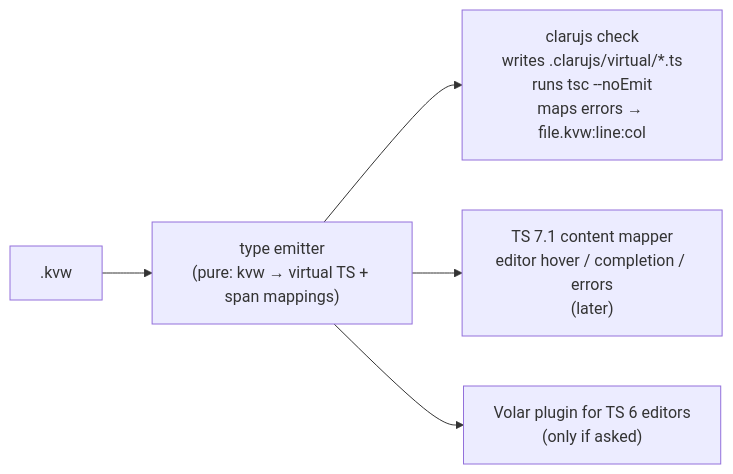
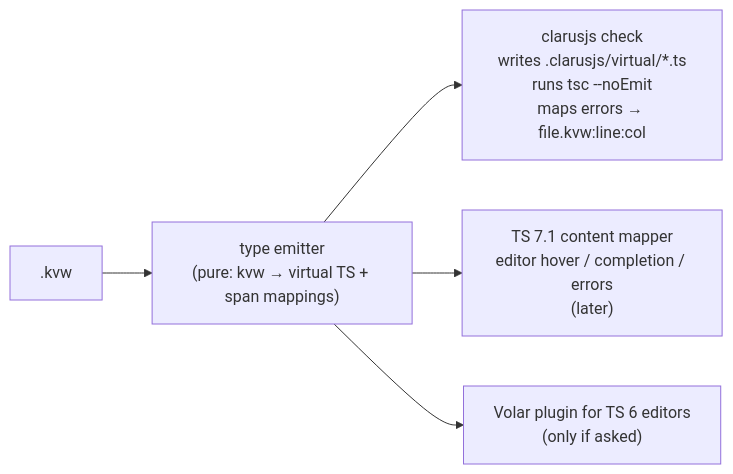
One commit to forinda/clarusjs changed the eighth of 8 diagrams in docs/architecture.md. Above: the diagram before and after it, drawn with Mermaid. The commit also changed other lines of this file and 28 other files, not shown here.

````diff
--- a/docs/architecture.md
+++ b/docs/architecture.md
@@ -468,7 +468,7 @@
 ```mermaid
 flowchart LR
   KVW[".kvw"] --> GEN["type emitter<br/>(pure: kvw → virtual TS + span mappings)"]
-  GEN --> CLI["clarujs check<br/>writes .clarujs/virtual/*.ts<br/>runs tsc --noEmit<br/>maps errors → file.kvw:line:col"]
+  GEN --> CLI["clarusjs check<br/>writes .clarusjs/virtual/*.ts<br/>runs tsc --noEmit<br/>maps errors → file.kvw:line:col"]
   GEN --> CM["TS 7.1 content mapper<br/>editor hover / completion / errors<br/>(later)"]
   GEN --> VOL["Volar plugin for TS 6 editors<br/>(only if asked)"]
 ```
````
